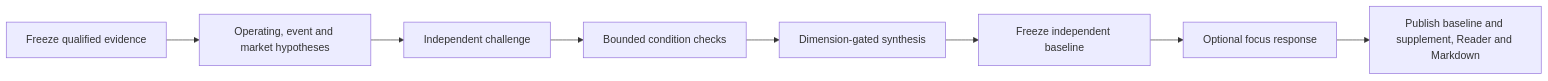
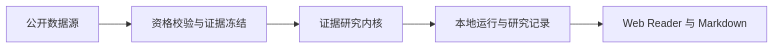
One commit to david188888/TradingAgents changed the diagram in README.md. Above: the diagram before and after it, drawn with Mermaid. The commit also changed other lines of this file and 10 other files, not shown here.

````diff
--- a/README.md
+++ b/README.md
@@ -24,10 +21,7 @@
 ```mermaid
 flowchart LR
-    A[Freeze qualified evidence] --> B[Operating, event and market hypotheses]
-    B --> C[Independent challenge]
-    C --> D[Bounded condition checks]
-    D --> E[Dimension-gated synthesis]
-    E --> F[Freeze independent baseline]
-    F --> G[Optional focus response]
-    G --> H[Publish baseline and supplement, Reader and Markdown]
+    A[公开数据源] --> B[资格校验与证据冻结]
+    B --> C[证据研究内核]
+    C --> D[本地运行与研究记录]
+    D --> E[Web Reader 与 Markdown]
 ```
````
